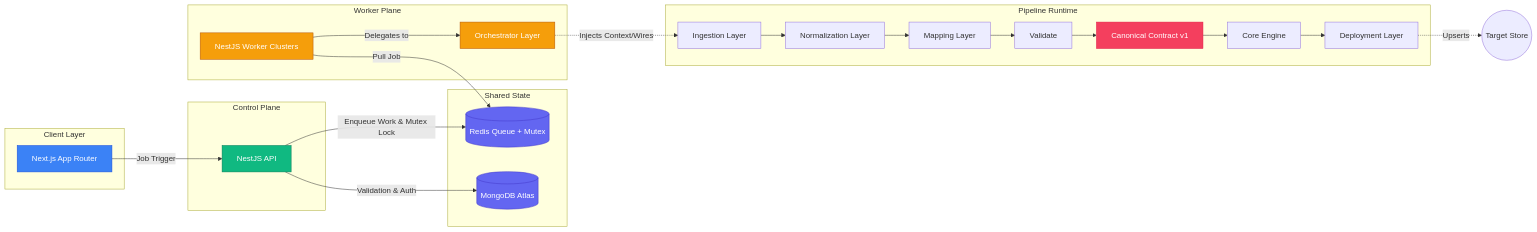
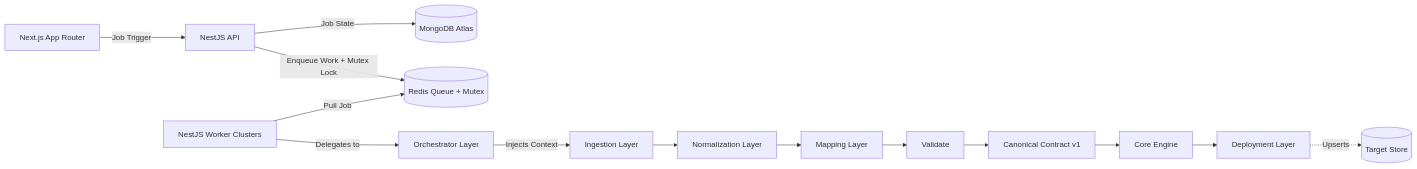
One commit to sonishivam1/commerce-orchestrator changed the diagram in docs/architecture/system-overview.md. Above: the diagram before and after it, drawn with Mermaid. The commit also changed 3 other files, not shown here.

Commit message:
fix(docs): remove invalid @ node IDs and classDef colors from all Mermaid diagrams for GitHub compatibility

````diff
--- a/docs/architecture/system-overview.md
+++ b/docs/architecture/system-overview.md
@@ -13,52 +13,33 @@
 ```mermaid
 flowchart LR
-    classDef client fill:#3b82f6,color:#fff,stroke:#1d4ed8
-    classDef api fill:#10b981,color:#fff,stroke:#047857
-    classDef worker fill:#f59e0b,color:#fff,stroke:#b45309
-    classDef db fill:#6366f1,color:#fff,stroke:#4338ca
-    classDef contract fill:#f43f5e,color:#fff,stroke:#e11d48
-    
-    subgraph ClientLayer [Client Layer]
-        Web[Next.js App Router]:::client
-    end
-    
-    subgraph ControlPlane [Control Plane]
-        API[NestJS API]:::api
-    end
-    
-    subgraph SharedState [Shared State]
-        Mongo[(MongoDB Atlas)]:::db
-        Redis[(Redis Queue + Mutex)]:::db
-    end
-    
-    subgraph WorkerPlane [Worker Plane]
-        Worker[NestJS Worker Clusters]:::worker
-        Orch[Orchestrator Layer]:::worker
-        Worker -- "Pull Job" --> Redis
-        Worker -- "Delegates to" --> Orch
-    end
-    
-    subgraph PipelineRuntime [Pipeline Runtime]
-        Ing[Ingestion Layer]
-        Norm[Normalization Layer]
-        Map[Mapping Layer]
-        Val[Validate]
-        Canon[Canonical Contract v1]:::contract
-        Core[Core Engine]
-        Dep[Deployment Layer]
-        
-        Ing --> Norm
-        Norm --> Map
-        Map --> Val
-        Val --> Canon
-        Canon --> Core
-        Core --> Dep
-    end
-    
+    Web[Next.js App Router]
+    API[NestJS API]
+    Mongo[(MongoDB Atlas)]
+    Redis[(Redis Queue + Mutex)]
+    Worker[NestJS Worker Clusters]
+    Orch[Orchestrator Layer]
+    Ing[Ingestion Layer]
+    Norm[Normalization Layer]
+    Map[Mapping Layer]
+    Val[Validate]
+    Canon[Canonical Contract v1]
+    Core[Core Engine]
+    Dep[Deployment Layer]
+    Target[(Target Store)]
+
     Web -->|Job Trigger| API
-    API -->|Validation & Auth| Mongo
-    API -->|Enqueue Work & Mutex Lock| Redis
-    
-    Orch -.->|Injects Context/Wires| Ing
-    Dep -.->|Upserts| Target((Target Store))
+    API -->|Job State| Mongo
+    API -->|Enqueue Work + Mutex Lock| Redis
+
+    Worker -->|Pull Job| Redis
+    Worker -->|Delegates to| Orch
+
+    Orch -->|Injects Context| Ing
+    Ing --> Norm
+    Norm --> Map
+    Map --> Val
+    Val --> Canon
+    Canon --> Core
+    Core --> Dep
+    Dep -.->|Upserts| Target
 ```
````
